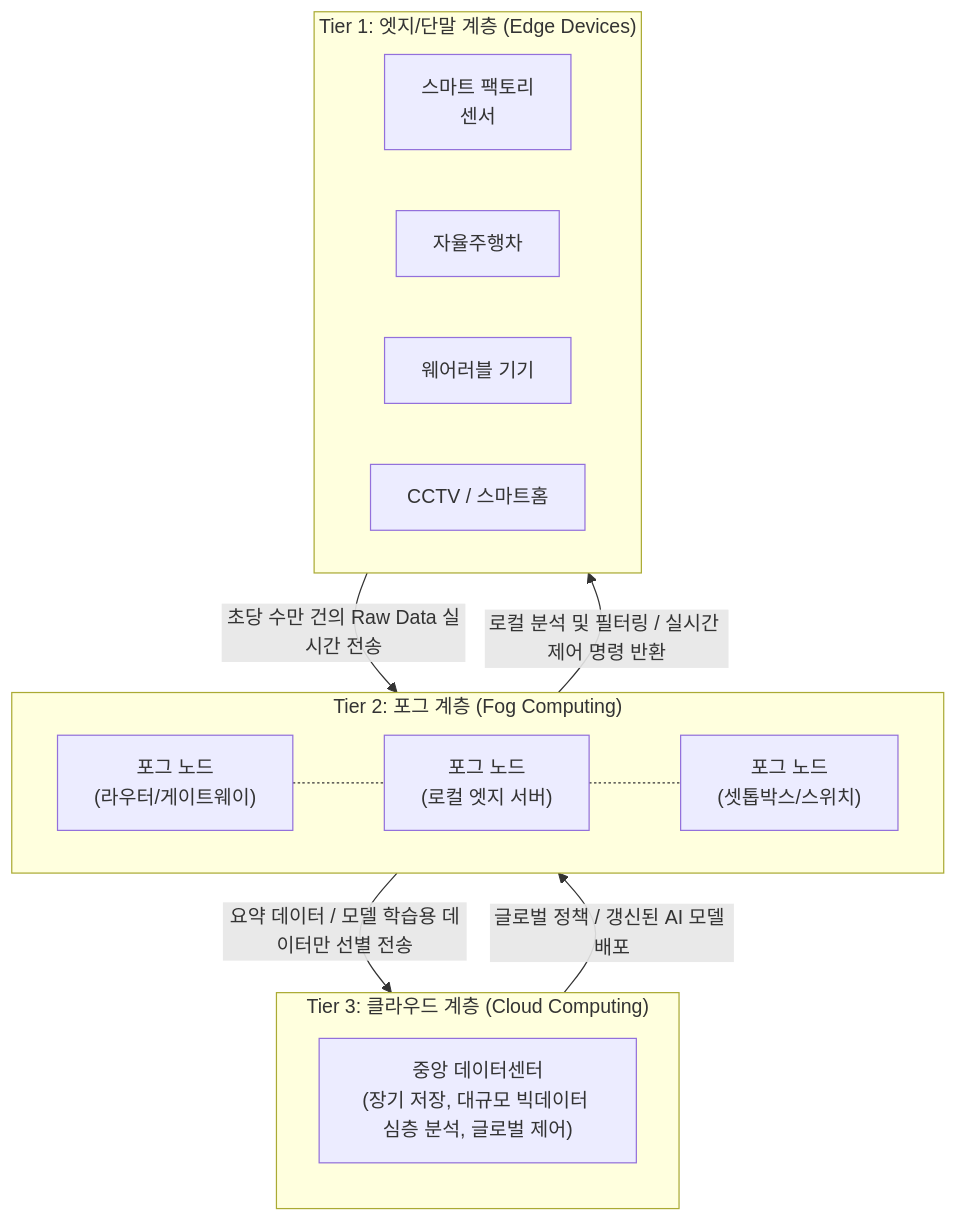
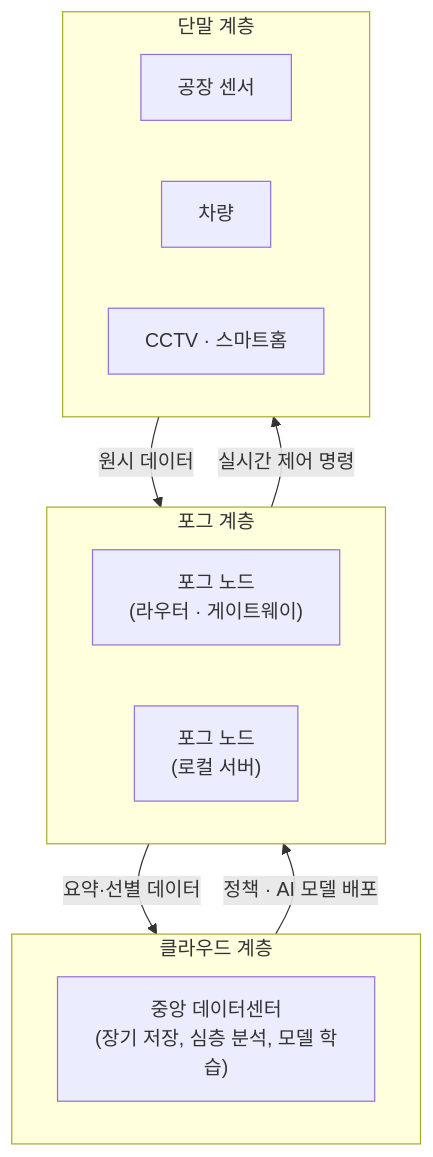
One commit to supremethumb/supremethumb.github.io changed the diagram in content/01_IT Tech/포그 컴퓨팅.md. Above: the diagram before and after it, drawn with Mermaid. The commit also changed other lines of this file and 1087 other files, not shown here.

````diff
--- a/content/01_IT Tech/포그 컴퓨팅.md
+++ b/content/01_IT Tech/포그 컴퓨팅.md
@@ -23,29 +35,24 @@
 ```mermaid
 flowchart TB
-    subgraph Cloud_Tier ["Tier 3: 클라우드 계층 (Cloud Computing)"]
-        direction TB
-        Cloud["중앙 데이터센터<br/>(장기 저장, 대규모 빅데이터 심층 분석, 글로벌 제어)"]
+    subgraph Cloud_Tier ["클라우드 계층"]
+        Cloud["중앙 데이터센터<br/>(장기 저장, 심층 분석, 모델 학습)"]
     end
 
-    subgraph Fog_Tier ["Tier 2: 포그 계층 (Fog Computing)"]
+    subgraph Fog_Tier ["포그 계층"]
         direction LR
-        Fog1["포그 노드<br/>(라우터/게이트웨이)"]
-        Fog2["포그 노드<br/>(로컬 엣지 서버)"]
-        Fog3["포그 노드<br/>(셋톱박스/스위치)"]
-        Fog1 -.- Fog2 -.- Fog3
+        Fog1["포그 노드<br/>(라우터 · 게이트웨이)"]
+        Fog2["포그 노드<br/>(로컬 서버)"]
     end
 
-    subgraph Edge_Tier ["Tier 1: 엣지/단말 계층 (Edge Devices)"]
+    subgraph Edge_Tier ["단말 계층"]
         direction LR
-        IoT1["스마트 팩토리<br/>센서"]
-        IoT2["자율주행차"]
-        IoT3["웨어러블 기기"]
-        IoT4["CCTV / 스마트홈"]
+        IoT1["공장 센서"]
+        IoT2["차량"]
+        IoT3["CCTV · 스마트홈"]
     end
 
-    Edge_Tier -- "초당 수만 건의 Raw Data 실시간 전송" --> Fog_Tier
-    Fog_Tier -- "로컬 분석 및 필터링 / 실시간 제어 명령 반환" --> Edge_Tier
-    Fog_Tier -- "요약 데이터 / 모델 학습용 데이터만 선별 전송" --> Cloud_Tier
-    Cloud_Tier -- "글로벌 정책 / 갱신된 AI 모델 배포" --> Fog_Tier
-
+    Edge_Tier -->|"원시 데이터"| Fog_Tier
+    Fog_Tier -->|"실시간 제어 명령"| Edge_Tier
+    Fog_Tier -->|"요약·선별 데이터"| Cloud_Tier
+    Cloud_Tier -->|"정책 · AI 모델 배포"| Fog_Tier
 ```
````
